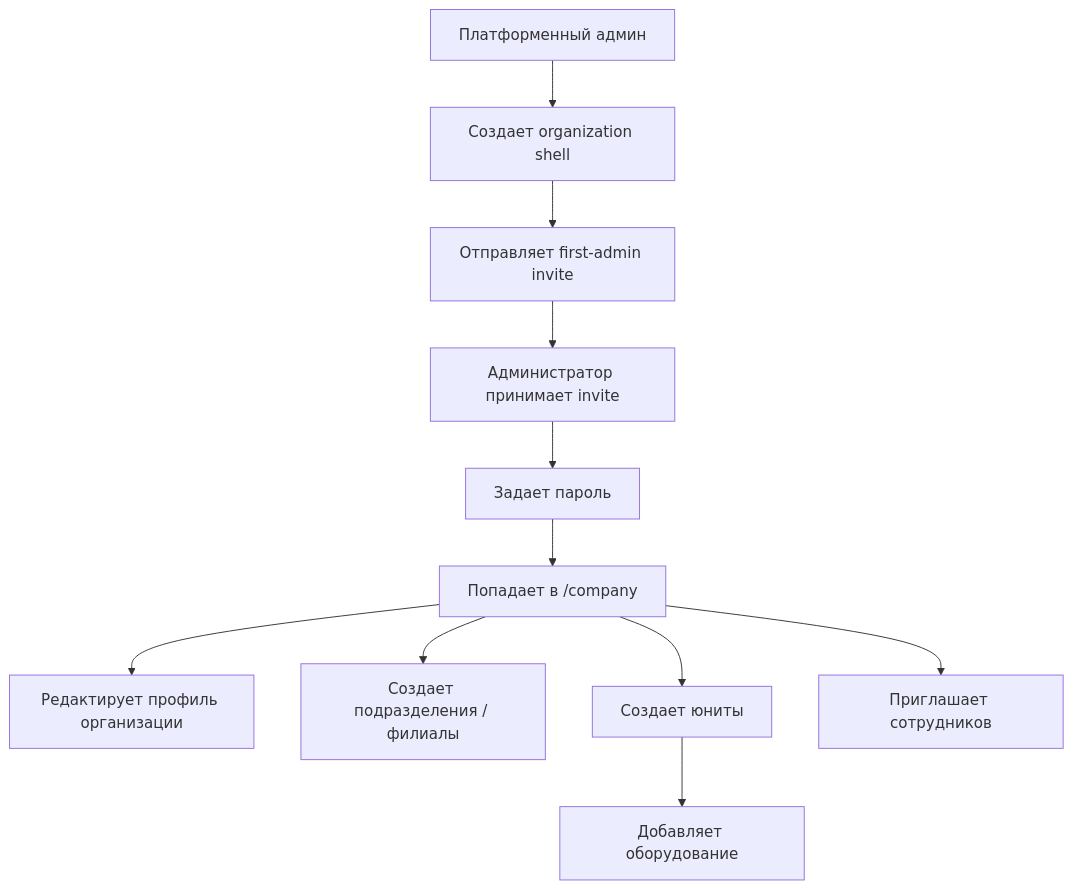
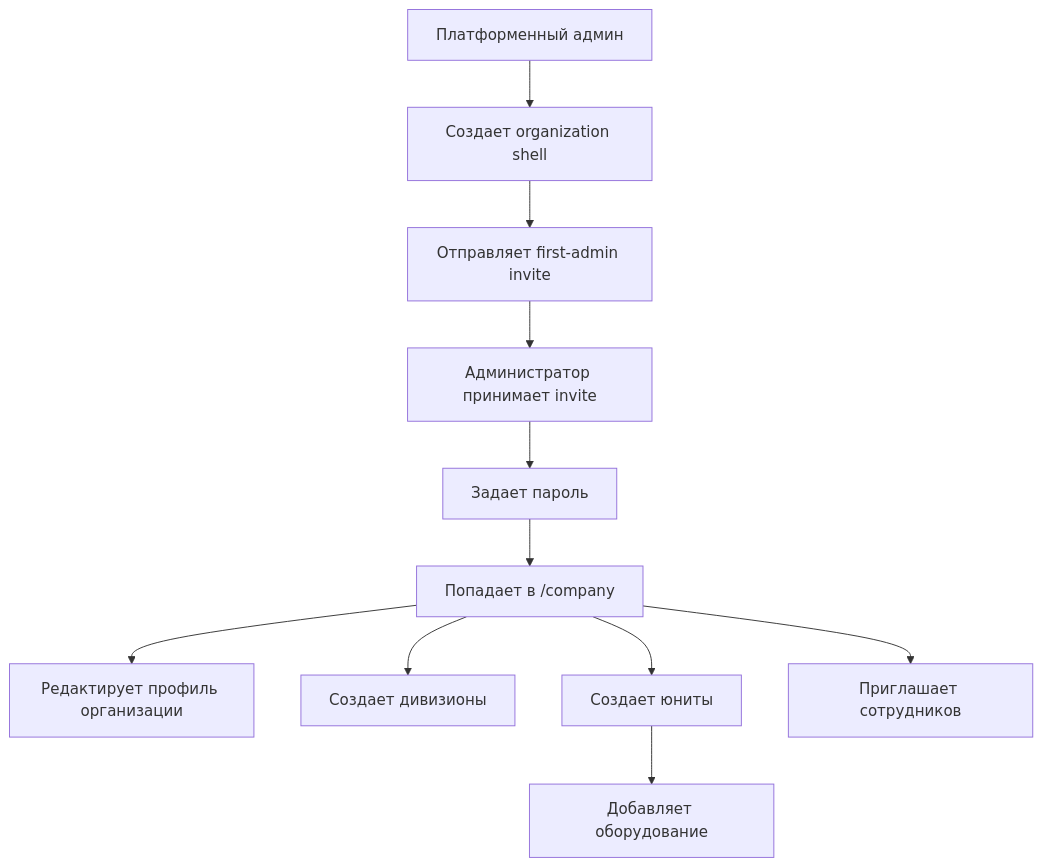
One commit to vrk-app/vrk changed the second of 11 diagrams in docs/architecture/identity-master-data.md. Above: the diagram before and after it, drawn with Mermaid. The commit also changed other lines of this file and 127 other files, not shown here.

````diff
--- a/docs/architecture/identity-master-data.md
+++ b/docs/architecture/identity-master-data.md
@@ -58,13 +59,13 @@
 ```mermaid
 flowchart TD
     A["Платформенный админ"] --> B["Создает organization shell"]
     B --> C["Отправляет first-admin invite"]
     C --> D["Администратор принимает invite"]
     D --> E["Задает пароль"]
     E --> F["Попадает в /company"]
     F --> G["Редактирует профиль организации"]
-    F --> H["Создает подразделения / филиалы"]
+    F --> H["Создает дивизионы"]
     F --> I["Создает юниты"]
     F --> J["Приглашает сотрудников"]
     I --> K["Добавляет оборудование"]
 ```
````
